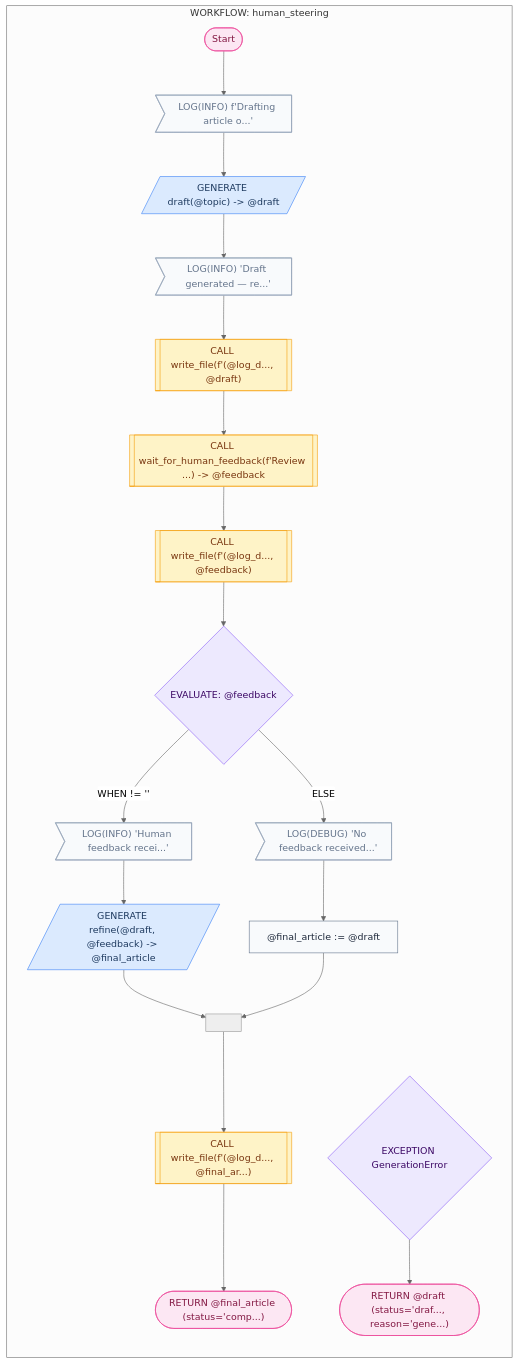
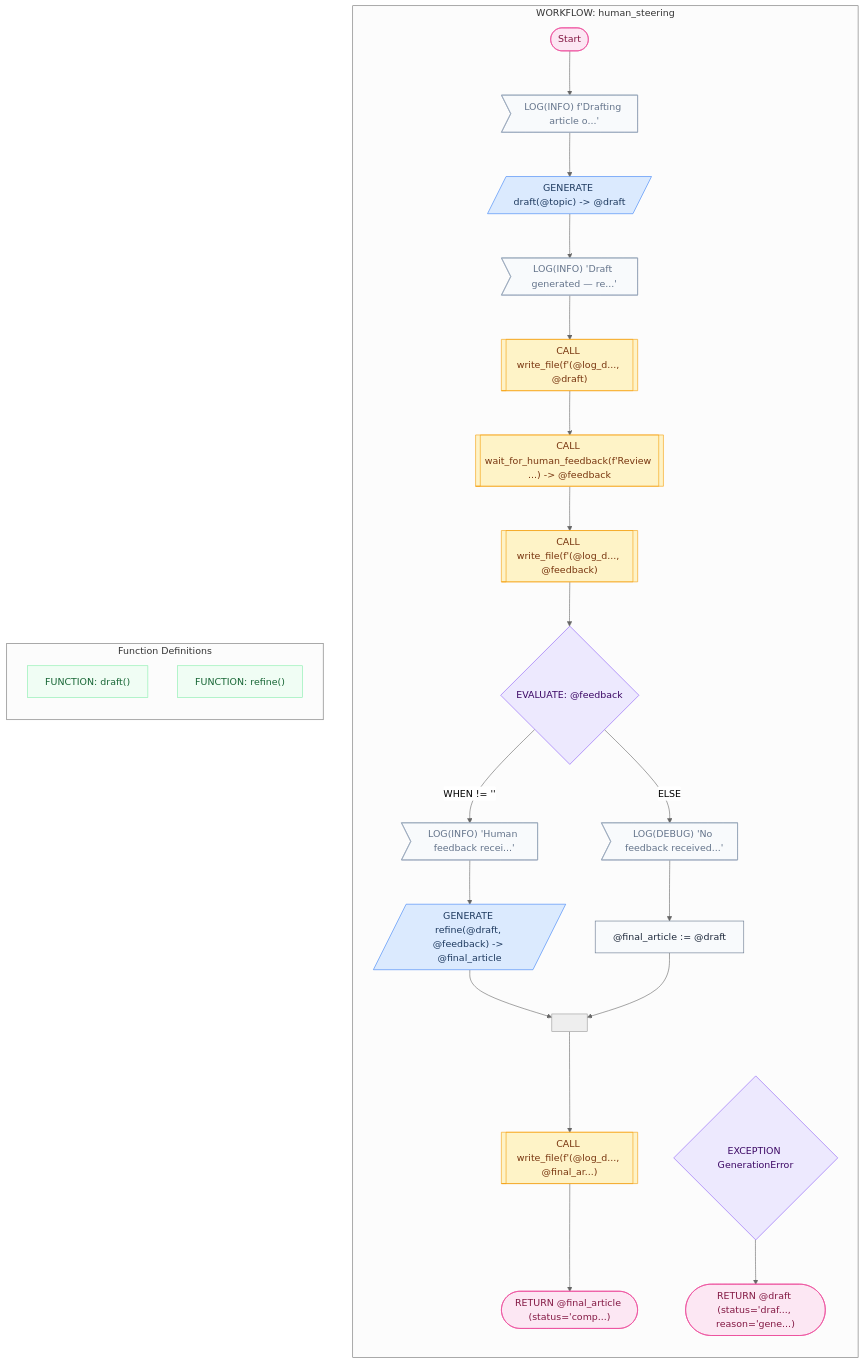
The diagram in cookbook/41_human_steering/mermaid/human_steering.md (digital-duck/SPL.py), drawn with Mermaid (neutral theme) before and after one commit. The commit also changed 334 other files, not shown here.

````diff
--- a/cookbook/41_human_steering/mermaid/human_steering.md
+++ b/cookbook/41_human_steering/mermaid/human_steering.md
@@ -7,62 +7,69 @@
 ```mermaid
 flowchart TD
     subgraph SG_human_steering["WORKFLOW: human_steering"]
     direction TB
     START1(["Start"])
     LOG2>"LOG(INFO) f'Drafting article o...'"]
     GEN3[/"GENERATE draft(@topic) -> @draft"/]
     LOG2 --> GEN3
     LOG4>"LOG(INFO) 'Draft generated — re...'"]
     GEN3 --> LOG4
     SUB5[["CALL write_file(f'(@log_d..., @draft)"]]
     LOG4 --> SUB5
     SUB6[["CALL wait_for_human_feedback(f'Review ...) -> @feedback"]]
     SUB5 --> SUB6
     SUB7[["CALL write_file(f'(@log_d..., @feedback)"]]
     SUB6 --> SUB7
     EVAL8{"EVALUATE: @feedback"}
     LOG10>"LOG(INFO) 'Human feedback recei...'"]
     GEN11[/"GENERATE refine(@draft, @feedback) -> @final_article"/]
     LOG10 --> GEN11
     EVAL8 -->|"WHEN != ''"| LOG10
     GEN11 --> MERGE9
     LOG12>"LOG(DEBUG) 'No feedback received...'"]
     A13["@final_article := @draft"]
     LOG12 --> A13
     EVAL8 -->|"ELSE"| LOG12
     A13 --> MERGE9
     MERGE9[" "]
     SUB7 --> EVAL8
     SUB14[["CALL write_file(f'(@log_d..., @final_ar...)"]]
     MERGE9 --> SUB14
     RET15(["RETURN @final_article (status='comp...)"])
     SUB14 --> RET15
     START1 --> LOG2
     EXC16{"EXCEPTION GenerationError"}
     RET17(["RETURN @draft (status='draf..., reason='gene...)"])
     EXC16 --> RET17
     end
+    subgraph FUNCTIONS["Function Definitions"]
+    direction TB
+    FN18["FUNCTION: draft()"]
+    FN19["FUNCTION: refine()"]
+    end
     class START1 term
     class LOG2 log
     class GEN3 llm
     class LOG4 log
     class SUB5 proc
     class SUB6 proc
     class SUB7 proc
     class EVAL8 ctrl
     class LOG10 log
     class GEN11 llm
     class LOG12 log
     class A13 assign
     class SUB14 proc
     class RET15 term
     class EXC16 ctrl
     class RET17 term
+    class FN18 fn
+    class FN19 fn
     classDef llm fill:#dbeafe,stroke:#3b82f6,color:#1e3a5f
     classDef proc fill:#fef3c7,stroke:#f59e0b,color:#78350f
     classDef ctrl fill:#ede9fe,stroke:#8b5cf6,color:#3b0764
     classDef term fill:#fce7f3,stroke:#ec4899,color:#831843
     classDef log fill:#f8fafc,stroke:#94a3b8,color:#64748b
     classDef fn fill:#f0fdf4,stroke:#86efac,color:#166534
     classDef assign fill:#f8fafc,stroke:#64748b,color:#1e293b
 ```
````
